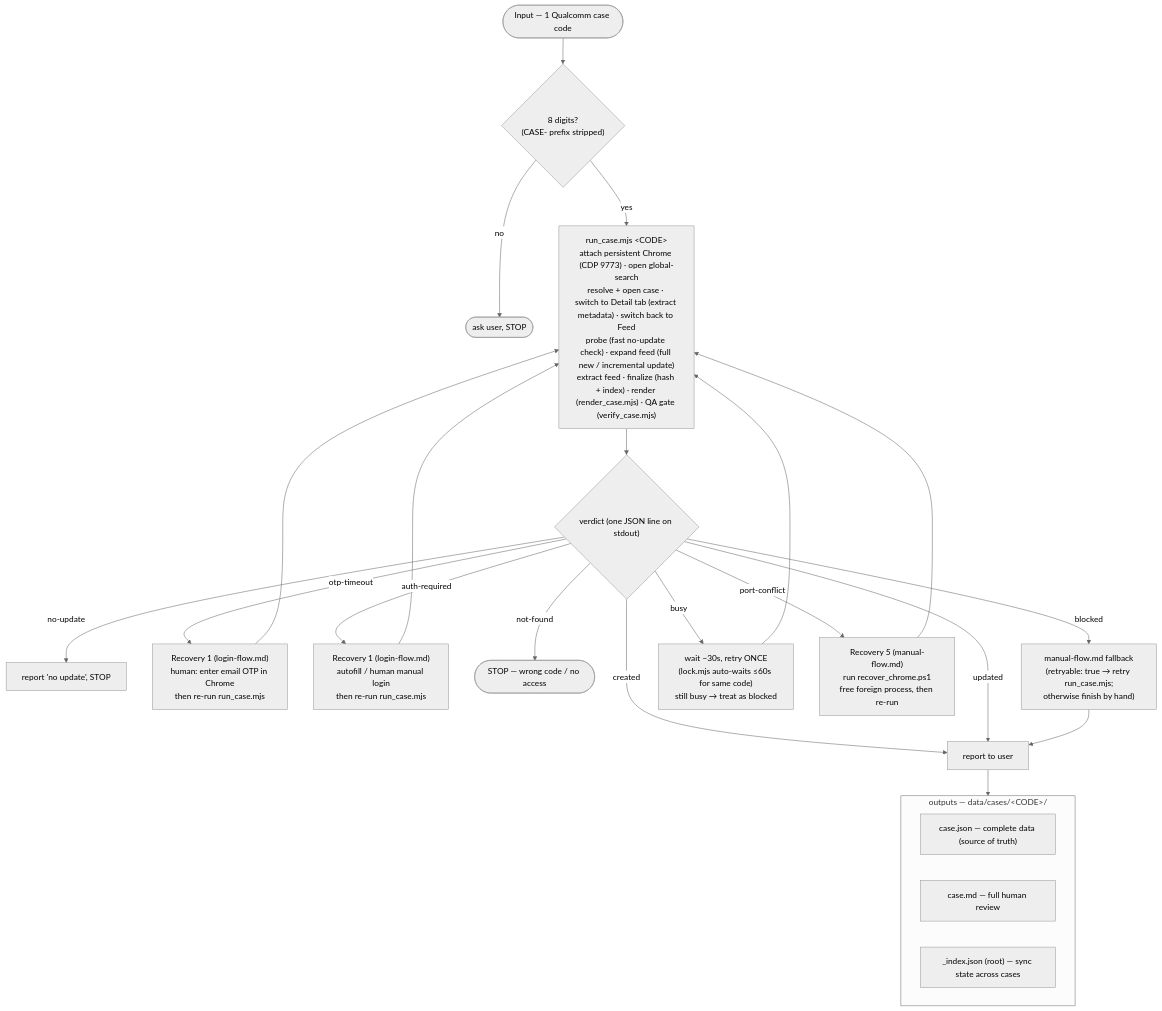
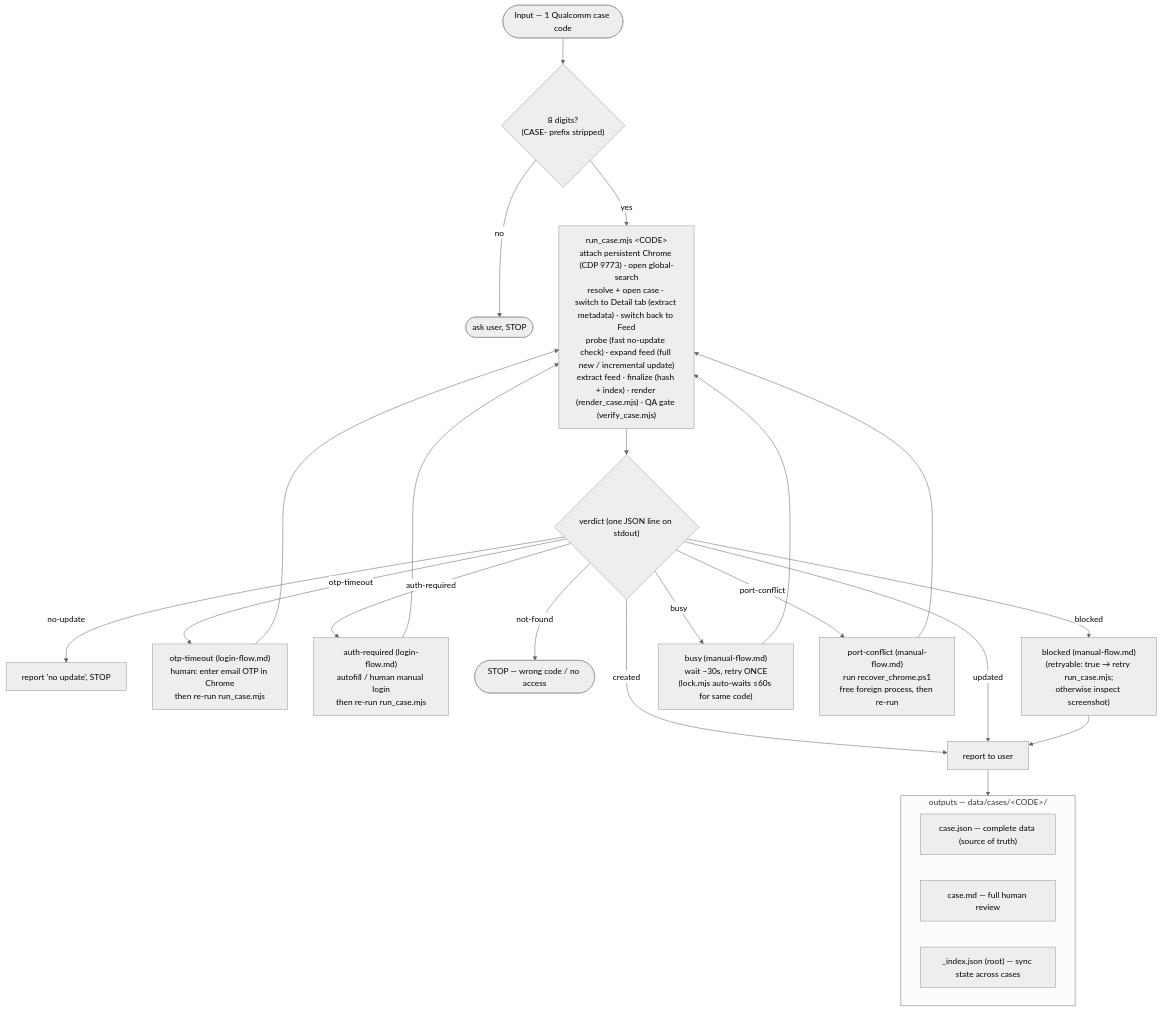
Before and after one commit to congtubkbn/qualcomm-case-agent: the diagram in .claude/skills/qualcomm-case-agent/references/workflow.md, drawn with Mermaid (neutral theme). The commit also changed other lines of this file and 4 other files, not shown here.

````diff
--- a/.claude/skills/qualcomm-case-agent/references/workflow.md
+++ b/.claude/skills/qualcomm-case-agent/references/workflow.md
@@ -12,27 +12,27 @@
 ```mermaid
 flowchart TD
   IN(["Input — 1 Qualcomm case code"]) --> VALID{"8 digits?<br/>(CASE- prefix stripped)"}
   VALID -->|no| S0(["ask user, STOP"])
   VALID -->|yes| RUN["run_case.mjs &lt;CODE&gt;<br/>attach persistent Chrome (CDP 9773) · open global-search<br/>resolve + open case · switch to Detail tab (extract metadata) · switch back to Feed<br/>probe (fast no-update check) · expand feed (full new / incremental update)<br/>extract feed · finalize (hash + index) · render (render_case.mjs) · QA gate (verify_case.mjs)"]
   RUN --> V{"verdict (one JSON line on stdout)"}
   V -->|created| REPORT["report to user"]
   V -->|updated| REPORT
   V -->|no-update| REPORT_NU["report 'no update', STOP"]
-  V -->|otp-timeout| OTP["Recovery 1 (login-flow.md)<br/>human: enter email OTP in Chrome<br/>then re-run run_case.mjs"]
-  V -->|auth-required| AUTH["Recovery 1 (login-flow.md)<br/>autofill / human manual login<br/>then re-run run_case.mjs"]
+  V -->|otp-timeout| OTP["otp-timeout (login-flow.md)<br/>human: enter email OTP in Chrome<br/>then re-run run_case.mjs"]
+  V -->|auth-required| AUTH["auth-required (login-flow.md)<br/>autofill / human manual login<br/>then re-run run_case.mjs"]
   V -->|not-found| S1(["STOP — wrong code / no access"])
-  V -->|blocked| MANUAL["manual-flow.md fallback<br/>(retryable: true → retry run_case.mjs;<br/>otherwise finish by hand)"]
-  V -->|busy| RETRY["wait ~30s, retry ONCE<br/>(lock.mjs auto-waits &le;60s for same code)<br/>still busy → treat as blocked"]
-  V -->|port-conflict| PORT["Recovery 5 (manual-flow.md)<br/>run recover_chrome.ps1<br/>free foreign process, then re-run"]
+  V -->|blocked| MANUAL["blocked (manual-flow.md)<br/>(retryable: true → retry run_case.mjs;<br/>otherwise inspect screenshot)"]
+  V -->|busy| RETRY["busy (manual-flow.md)<br/>wait ~30s, retry ONCE<br/>(lock.mjs auto-waits &le;60s for same code)"]
+  V -->|port-conflict| PORT["port-conflict (manual-flow.md)<br/>run recover_chrome.ps1<br/>free foreign process, then re-run"]
   OTP --> RUN
   AUTH --> RUN
   PORT --> RUN
   RETRY --> RUN
   MANUAL --> REPORT
   REPORT --> OUT
   subgraph OUT["outputs — data/cases/&lt;CODE&gt;/"]
     O1["case.json — complete data (source of truth)"]
     O2["case.md — full human review"]
     O3["_index.json (root) — sync state across cases"]
   end
 ```
````
